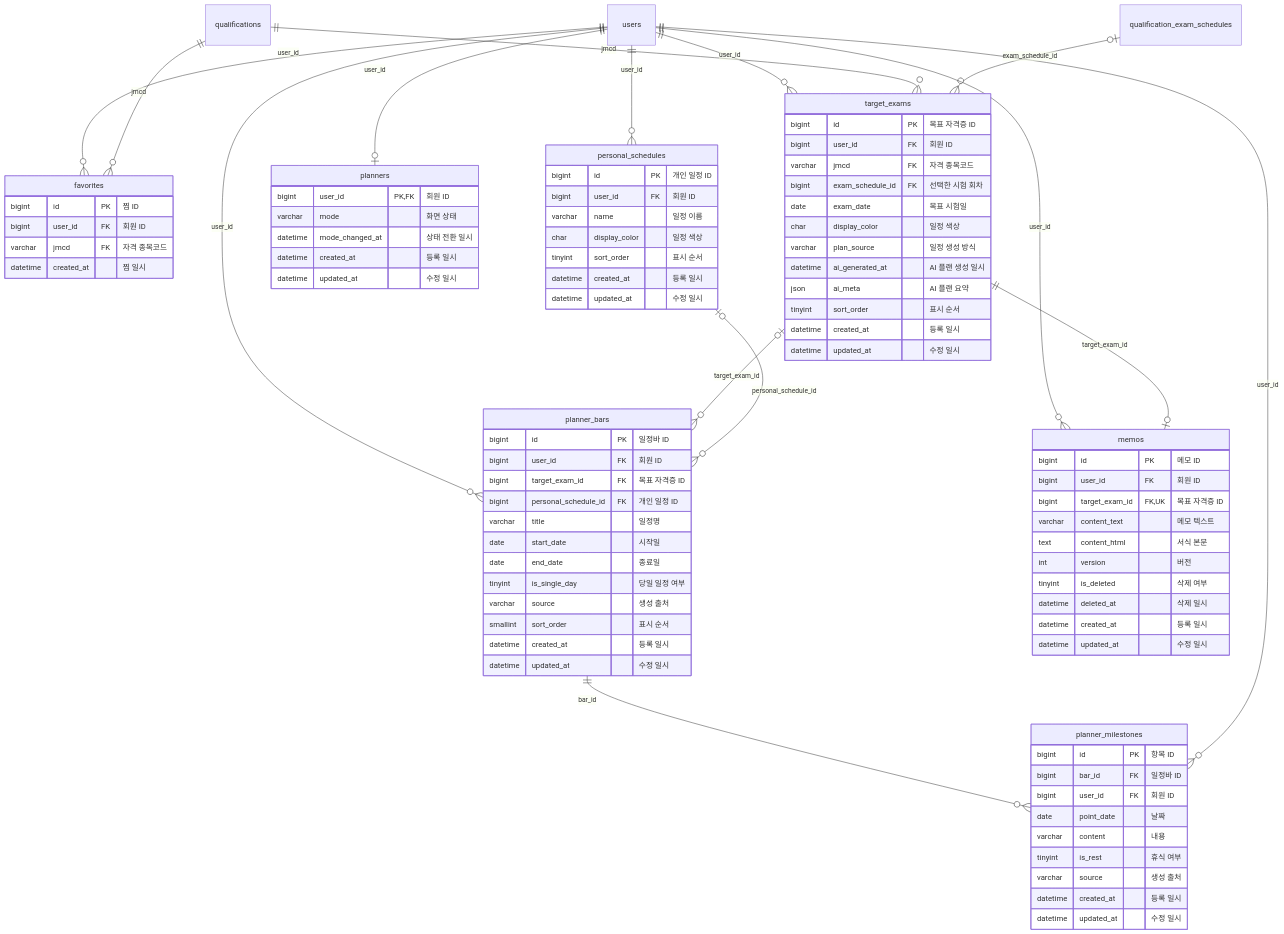
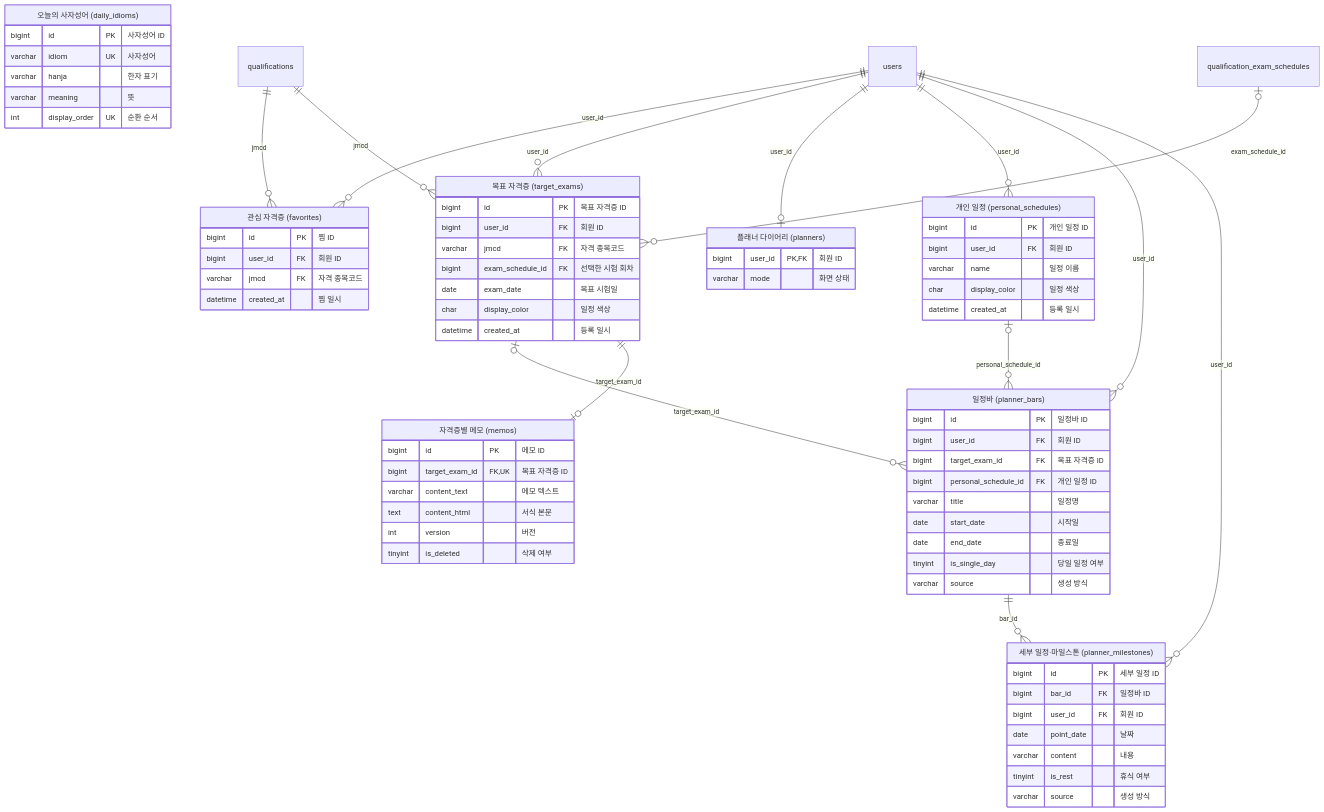
Before and after one commit to team-ap-cert-sniper/cert-sniper: the fifth of 7 diagrams in docs/ERD.md, drawn with Mermaid. The commit also changed other lines of this file and 29 other files, not shown here.

Commit message:
DB 설계서 업데이트: 스키아- ERD - 플로우차트 - etl - README

````diff
--- a/docs/ERD.md
+++ b/docs/ERD.md
@@ -399,42 +278,32 @@
 ```mermaid
 erDiagram
-    favorites {
+    favorites["관심 자격증 (favorites)"] {
         bigint id PK "찜 ID"
         bigint user_id FK "회원 ID"
         varchar jmcd FK "자격 종목코드"
         datetime created_at "찜 일시"
     }
-    target_exams {
+    target_exams["목표 자격증 (target_exams)"] {
         bigint id PK "목표 자격증 ID"
         bigint user_id FK "회원 ID"
         varchar jmcd FK "자격 종목코드"
         bigint exam_schedule_id FK "선택한 시험 회차"
         date exam_date "목표 시험일"
         char display_color "일정 색상"
-        varchar plan_source "일정 생성 방식"
-        datetime ai_generated_at "AI 플랜 생성 일시"
-        json ai_meta "AI 플랜 요약"
-        tinyint sort_order "표시 순서"
         datetime created_at "등록 일시"
-        datetime updated_at "수정 일시"
     }
-    planners {
-        bigint user_id PK, FK "회원 ID"
+    planners["플래너 다이어리 (planners)"] {
+        bigint user_id PK,FK "회원 ID"
         varchar mode "화면 상태"
-        datetime mode_changed_at "상태 전환 일시"
-        datetime created_at "등록 일시"
-        datetime updated_at "수정 일시"
     }
-    personal_schedules {
+    personal_schedules["개인 일정 (personal_schedules)"] {
         bigint id PK "개인 일정 ID"
         bigint user_id FK "회원 ID"
         varchar name "일정 이름"
         char display_color "일정 색상"
-        tinyint sort_order "표시 순서"
         datetime created_at "등록 일시"
-        datetime updated_at "수정 일시"
     }
-    planner_bars {
+    planner_bars["일정바 (planner_bars)"] {
         bigint id PK "일정바 ID"
         bigint user_id FK "회원 ID"
         bigint target_exam_id FK "목표 자격증 ID"
@@ -443,33 +312,31 @@
         date start_date "시작일"
         date end_date "종료일"
         tinyint is_single_day "당일 일정 여부"
-        varchar source "생성 출처"
-        smallint sort_order "표시 순서"
-        datetime created_at "등록 일시"
-        datetime updated_at "수정 일시"
+        varchar source "생성 방식"
     }
-    planner_milestones {
-        bigint id PK "항목 ID"
+    planner_milestones["세부 일정·마일스톤 (planner_milestones)"] {
+        bigint id PK "세부 일정 ID"
         bigint bar_id FK "일정바 ID"
         bigint user_id FK "회원 ID"
         date point_date "날짜"
         varchar content "내용"
         tinyint is_rest "휴식 여부"
-        varchar source "생성 출처"
-        datetime created_at "등록 일시"
-        datetime updated_at "수정 일시"
+        varchar source "생성 방식"
     }
-    memos {
+    memos["자격증별 메모 (memos)"] {
         bigint id PK "메모 ID"
-        bigint user_id FK "회원 ID"
-        bigint target_exam_id FK, UK "목표 자격증 ID"
+        bigint target_exam_id FK,UK "목표 자격증 ID"
         varchar content_text "메모 텍스트"
         text content_html "서식 본문"
         int version "버전"
         tinyint is_deleted "삭제 여부"
-        datetime deleted_at "삭제 일시"
-        datetime created_at "등록 일시"
-        datetime updated_at "수정 일시"
+    }
+    daily_idioms["오늘의 사자성어 (daily_idioms)"] {
+        bigint id PK "사자성어 ID"
+        varchar idiom UK "사자성어"
+        varchar hanja "한자 표기"
+        varchar meaning "뜻"
+        int display_order UK "순환 순서"
     }
     users ||--o{ favorites : "user_id"
     qualifications ||--o{ favorites : "jmcd"
@@ -483,6 +350,5 @@
     personal_schedules |o--o{ planner_bars : "personal_schedule_id"
     planner_bars ||--o{ planner_milestones : "bar_id"
     users ||--o{ planner_milestones : "user_id"
-    users ||--o{ memos : "user_id"
     target_exams ||--o| memos : "target_exam_id"
 ```
````
